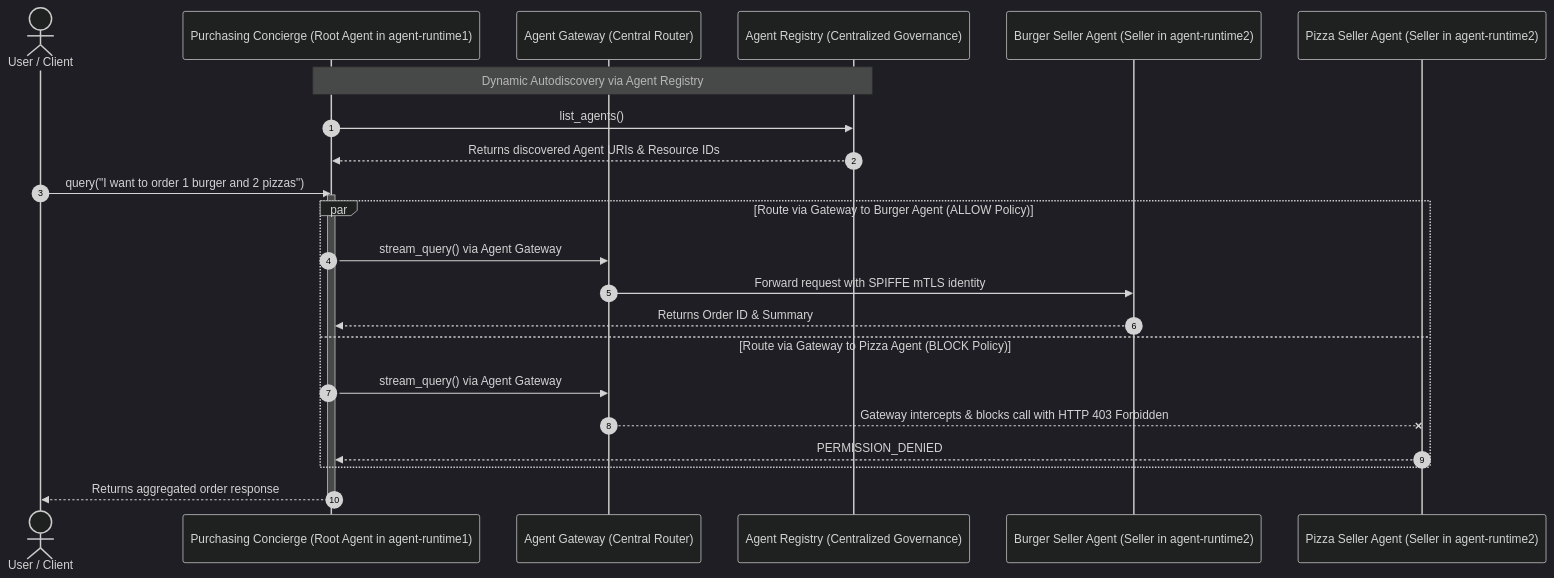
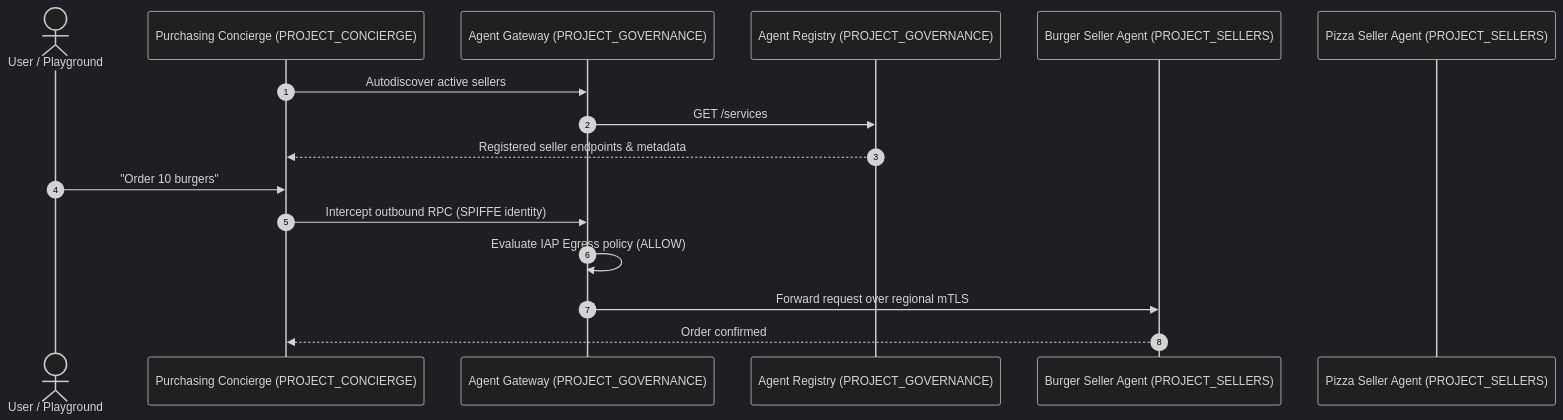
Before and after one commit to demichael4520/cross-project-multiagent: the diagram in README.md, drawn with Mermaid (dark theme). The commit also changed other lines of this file, not shown here.

````diff
--- a/README.md
+++ b/README.md
@@ -11,30 +13,20 @@
 ```mermaid
 sequenceDiagram
     autonumber
-    actor Client as User / Client
-    participant Concierge as Purchasing Concierge (Root Agent in agent-runtime1)
-    participant Gateway as Agent Gateway (Central Router)
-    participant Registry as Agent Registry (Centralized Governance)
-    participant Burger as Burger Seller Agent (Seller in agent-runtime2)
-    participant Pizza as Pizza Seller Agent (Seller in agent-runtime2)
+    actor Client as User / Playground
+    participant Concierge as Purchasing Concierge (PROJECT_CONCIERGE)
+    participant Gateway as Agent Gateway (PROJECT_GOVERNANCE)
+    participant Registry as Agent Registry (PROJECT_GOVERNANCE)
+    participant Burger as Burger Seller Agent (PROJECT_SELLERS)
+    participant Pizza as Pizza Seller Agent (PROJECT_SELLERS)
 
-    Note over Concierge,Registry: Dynamic Autodiscovery via Agent Registry
-    Concierge->>Registry: list_agents()
-    Registry-->>Concierge: Returns discovered Agent URIs & Resource IDs
+    Concierge->>Gateway: Autodiscover active sellers
+    Gateway->>Registry: GET /services
+    Registry-->>Concierge: Registered seller endpoints & metadata
 
-    Client->>Concierge: query("I want to order 1 burger and 2 pizzas")
-    activate Concierge
-
-    par Route via Gateway to Burger Agent (ALLOW Policy)
-        Concierge->>Gateway: stream_query() via Agent Gateway
-        Gateway->>Burger: Forward request with SPIFFE mTLS identity
-        Burger-->>Concierge: Returns Order ID & Summary
-    and Route via Gateway to Pizza Agent (BLOCK Policy)
-        Concierge->>Gateway: stream_query() via Agent Gateway
-        Gateway--xPizza: Gateway intercepts & blocks call with HTTP 403 Forbidden
-        Pizza-->>Concierge: PERMISSION_DENIED
-    end
-
-    Concierge-->>Client: Returns aggregated order response
-    deactivate Concierge
+    Client->>Concierge: "Order 10 burgers"
+    Concierge->>Gateway: Intercept outbound RPC (SPIFFE identity)
+    Gateway->>Gateway: Evaluate IAP Egress policy (ALLOW)
+    Gateway->>Burger: Forward request over regional mTLS
+    Burger-->>Concierge: Order confirmed
 ```
````
